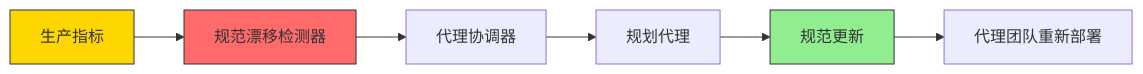
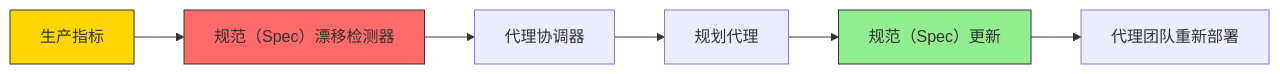
The sixth of 10 diagrams in README.md (ouyangshixiong/context-engineering-zh), drawn with Mermaid before and after one commit. The commit also changed other lines of this file and 4 other files, not shown here.

````diff
--- a/README.md
+++ b/README.md
@@ -306,12 +396,12 @@
 ```mermaid
 graph LR
-    A[生产指标] --> B[规范漂移检测器]
+    A[生产指标] --> B[规范（Spec）漂移检测器]
     B --> C[代理协调器]
     C --> D[规划代理]
-    D --> E[规范更新]
+    D --> E[规范（Spec）更新]
     E --> F[代理团队重新部署]
     
     style A fill:#FFD700,stroke:#333
     style B fill:#FF6B6B,stroke:#333
     style E fill:#90EE90,stroke:#333
 ```
````
